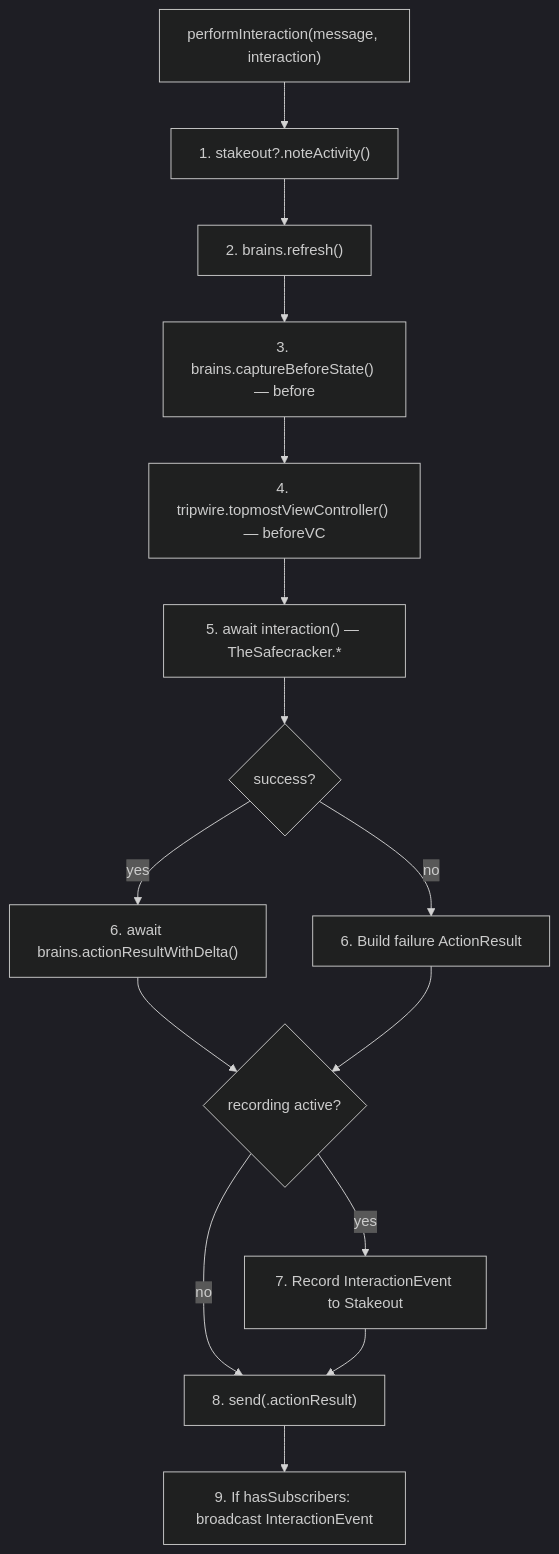
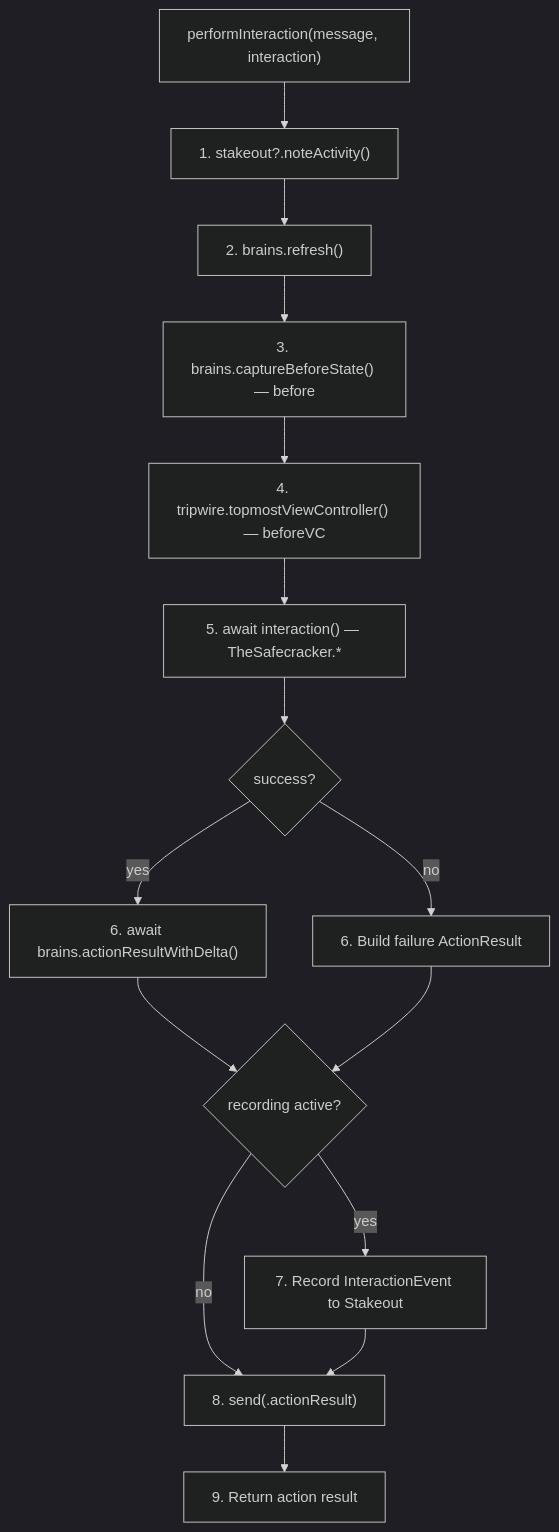
One commit to RoyalPineapple/TheButtonHeist changed the fourth of 6 diagrams in docs/dossiers/06-THEINSIDEJOB.md. Above: the diagram before and after it, drawn with Mermaid (dark theme). The commit also changed other lines of this file and 35 other files, not shown here.

````diff
--- a/docs/dossiers/06-THEINSIDEJOB.md
+++ b/docs/dossiers/06-THEINSIDEJOB.md
@@ -149,18 +145,18 @@
 ```mermaid
 flowchart TD
     Start["performInteraction(message, interaction)"]
     Start --> S1["1. stakeout?.noteActivity()"]
     S1 --> S2["2. brains.refresh()"]
     S2 --> S3["3. brains.captureBeforeState() — before"]
     S3 --> S3b["4. tripwire.topmostViewController() — beforeVC"]
     S3b --> S4["5. await interaction() — TheSafecracker.*"]
     S4 --> S5{"success?"}
     S5 -->|yes| S5a["6. await brains.actionResultWithDelta()"]
     S5 -->|no| S5b["6. Build failure ActionResult"]
     S5a --> S6{"recording active?"}
     S5b --> S6
     S6 -->|yes| S6a["7. Record InteractionEvent to Stakeout"]
     S6 -->|no| S7["8. send(.actionResult)"]
     S6a --> S7
-    S7 --> S8["9. If hasSubscribers: broadcast InteractionEvent"]
+    S7 --> S8["9. Return action result"]
 ```
````
